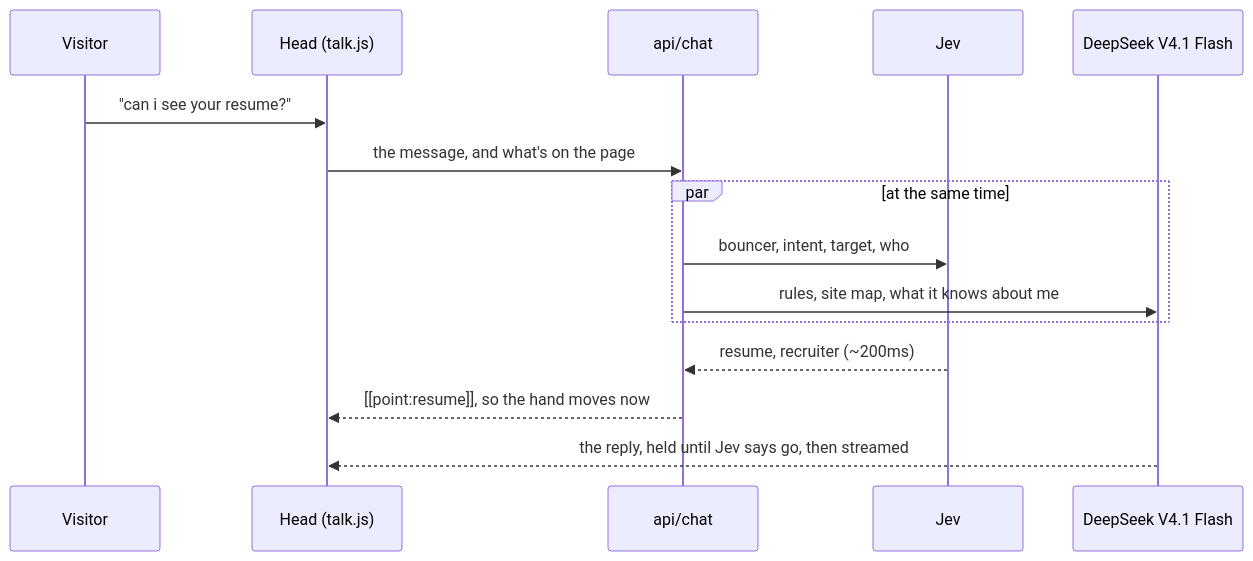
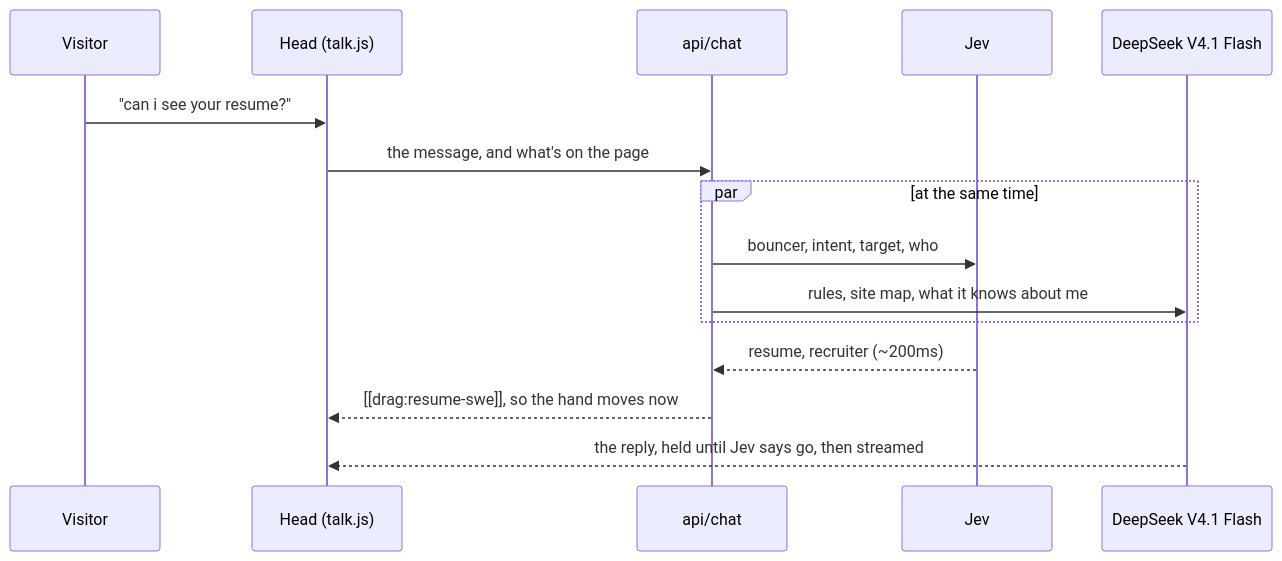
The first of 4 diagrams in README.md (dahan8473/dahan8473.github.io), drawn with Mermaid before and after one commit. The commit also changed 32 other files, not shown here.

First line of the commit message:
Resume: the SWE PDF is back, the product version is gone

````diff
--- a/README.md
+++ b/README.md
@@ -57,17 +57,17 @@
 ```mermaid
 sequenceDiagram
   participant V as Visitor
   participant H as Head (talk.js)
   participant C as api/chat
   participant J as Jev
   participant G as DeepSeek V4.1 Flash
   V->>H: "can i see your resume?"
   H->>C: the message, and what's on the page
   par at the same time
     C->>J: bouncer, intent, target, who
     C->>G: rules, site map, what it knows about me
   end
   J-->>C: resume, recruiter (~200ms)
-  C-->>H: [[point:resume]], so the hand moves now
+  C-->>H: [[drag:resume-swe]], so the hand moves now
   G-->>H: the reply, held until Jev says go, then streamed
 ```
````
